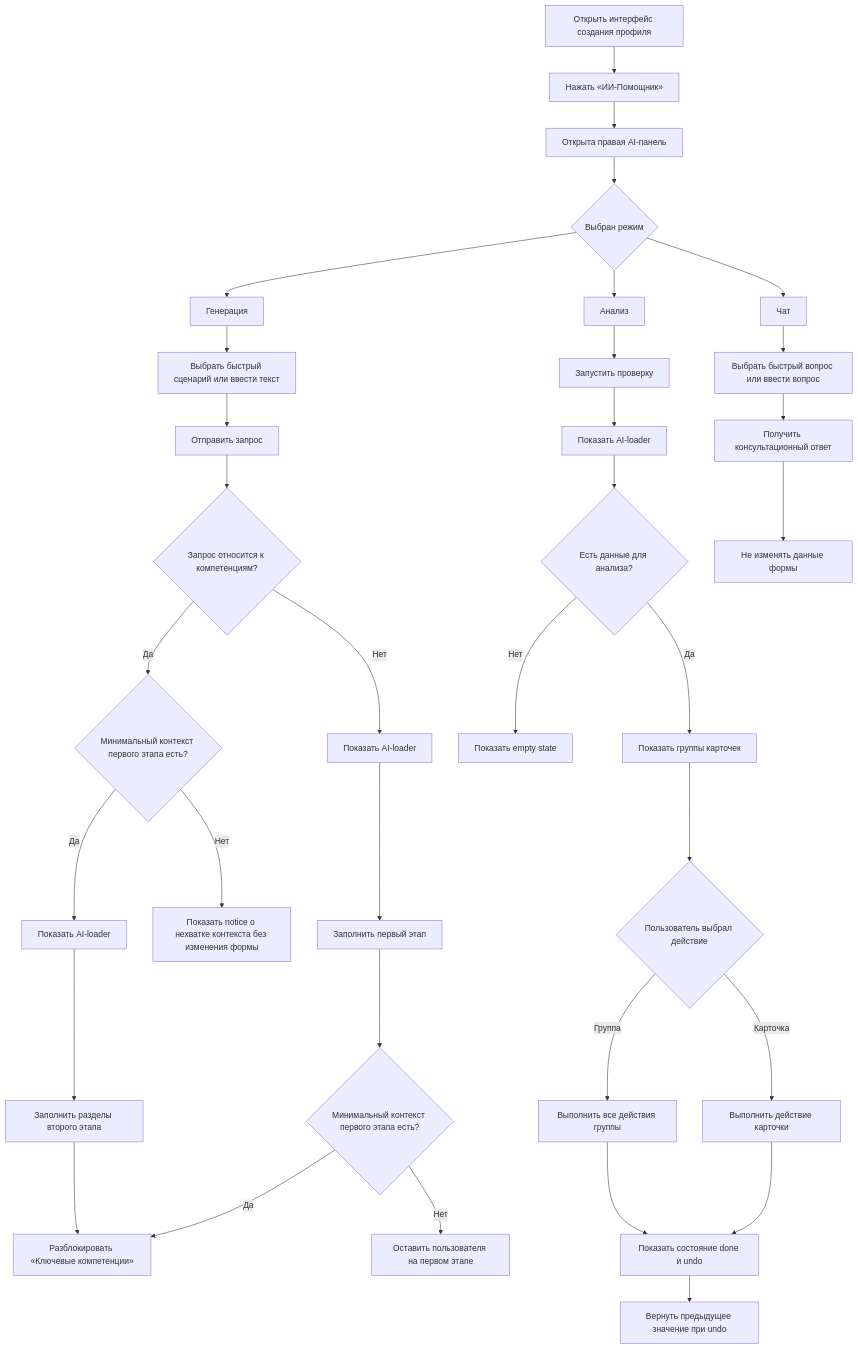
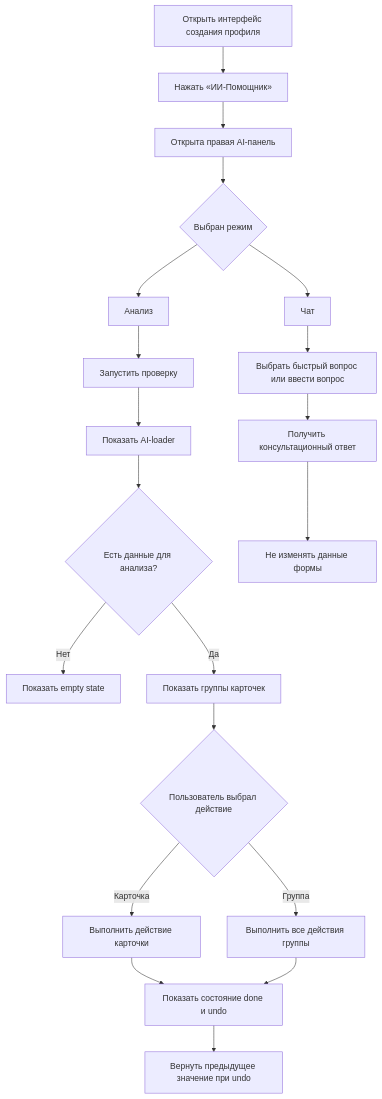
One commit to Anton-Sukhankin/HR-Profiling-Block changed the diagram in docs/components/profile-ai-assistant/user-flows.md. Above: the diagram before and after it, drawn with Mermaid. The commit also changed other lines of this file and 21 other files, not shown here.

````diff
--- a/docs/components/profile-ai-assistant/user-flows.md
+++ b/docs/components/profile-ai-assistant/user-flows.md
@@ -9,39 +9,24 @@
 ```mermaid
 flowchart TD
   A["Открыть интерфейс создания профиля"] --> B["Нажать «ИИ-Помощник»"]
   B --> C["Открыта правая AI-панель"]
   C --> D{"Выбран режим"}
-
-  D --> G["Генерация"]
-  G --> G1["Выбрать быстрый сценарий или ввести текст"]
-  G1 --> G2["Отправить запрос"]
-  G2 --> G3{"Запрос относится к компетенциям?"}
-  G3 -->|Нет| G4["Показать AI-loader"]
-  G4 --> G5["Заполнить первый этап"]
-  G5 --> G6{"Минимальный контекст первого этапа есть?"}
-  G6 -->|Да| G7["Разблокировать «Ключевые компетенции»"]
-  G6 -->|Нет| G8["Оставить пользователя на первом этапе"]
-  G3 -->|Да| G9{"Минимальный контекст первого этапа есть?"}
-  G9 -->|Нет| G10["Показать notice о нехватке контекста без изменения формы"]
-  G9 -->|Да| G11["Показать AI-loader"]
-  G11 --> G12["Заполнить разделы второго этапа"]
-  G12 --> G7
 
   D --> AN["Анализ"]
   AN --> AN1["Запустить проверку"]
   AN1 --> AN2["Показать AI-loader"]
   AN2 --> AN3{"Есть данные для анализа?"}
   AN3 -->|Нет| AN4["Показать empty state"]
   AN3 -->|Да| AN5["Показать группы карточек"]
   AN5 --> AN6{"Пользователь выбрал действие"}
   AN6 -->|Карточка| AN7["Выполнить действие карточки"]
   AN6 -->|Группа| AN8["Выполнить все действия группы"]
   AN7 --> AN9["Показать состояние done и undo"]
   AN8 --> AN9
   AN9 --> AN10["Вернуть предыдущее значение при undo"]
 
   D --> CH["Чат"]
   CH --> CH1["Выбрать быстрый вопрос или ввести вопрос"]
   CH1 --> CH2["Получить консультационный ответ"]
   CH2 --> CH3["Не изменять данные формы"]
 ```
````
